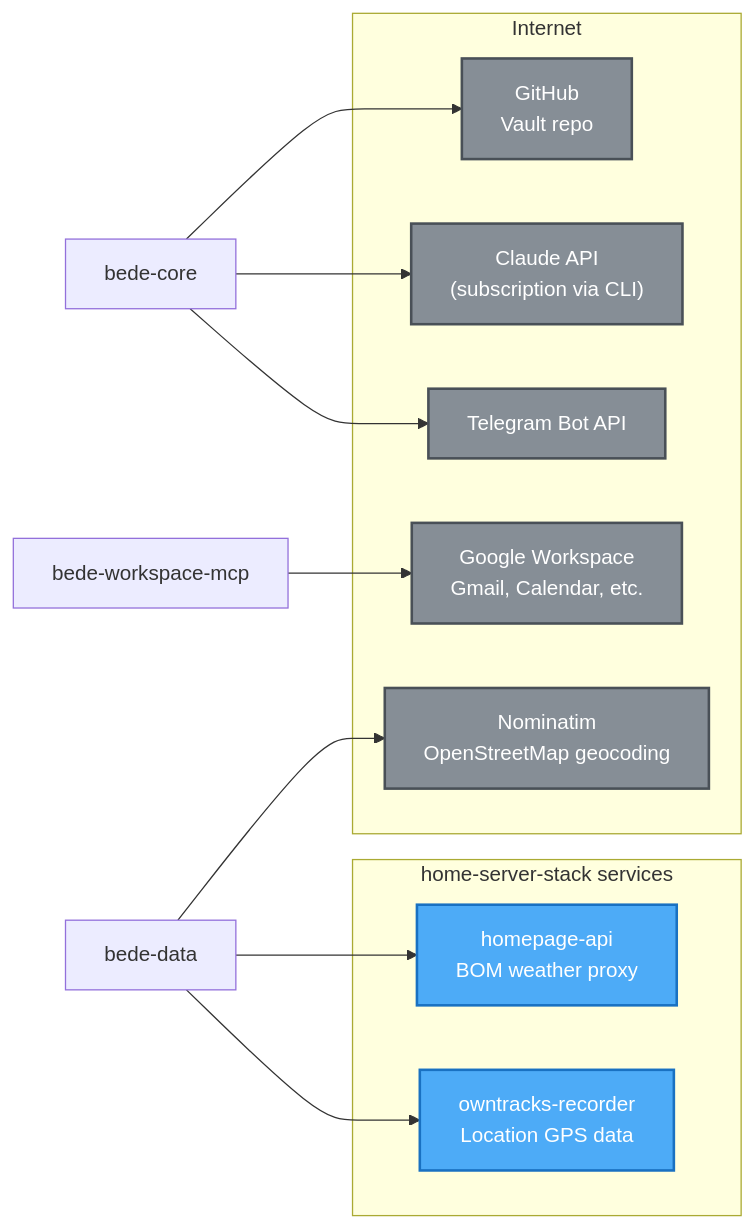
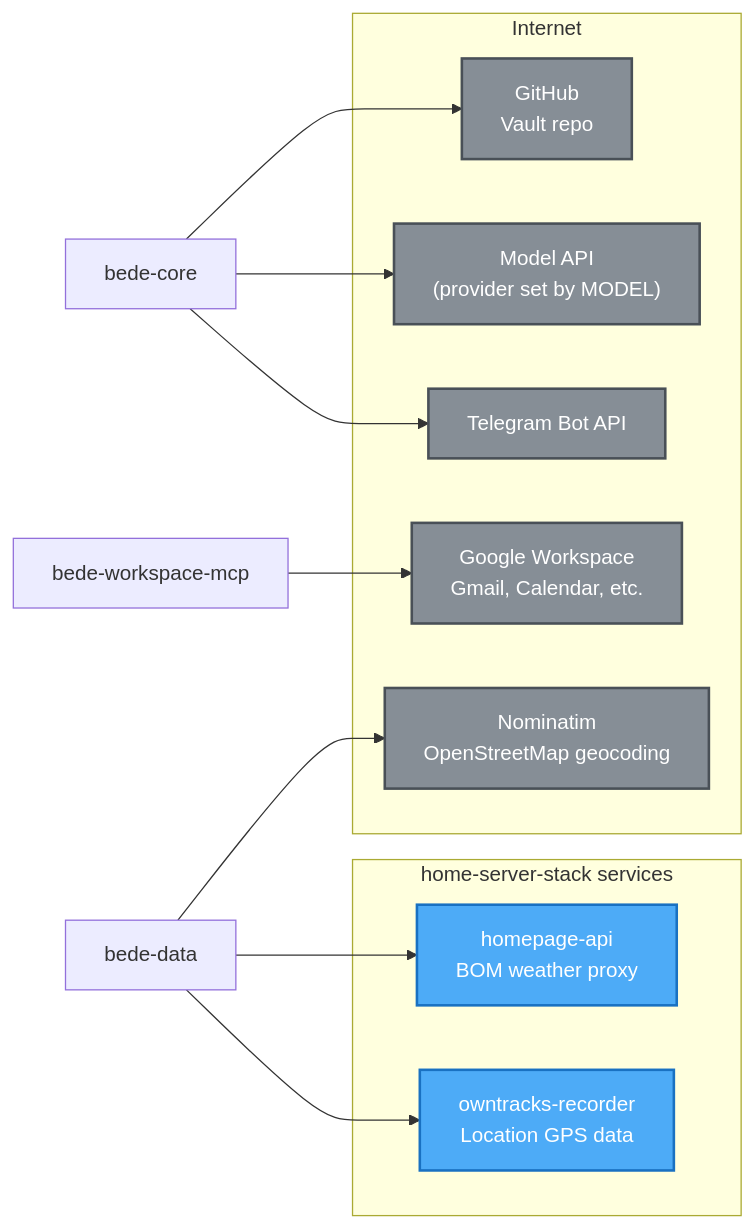
Before and after one commit to josephradford/bede: the third of 3 diagrams in ARCHITECTURE.md, drawn with Mermaid. The commit also changed other lines of this file and 9 other files, not shown here.

Commit message:
feat(bede-core): add eval harness, drop Claude CLI from the image, update docs

````diff
--- a/ARCHITECTURE.md
+++ b/ARCHITECTURE.md
@@ -257,36 +258,36 @@
 ```mermaid
 graph LR
     subgraph HomeServerStack["home-server-stack services"]
         OT["owntracks-recorder
         Location GPS data"]
         HA["homepage-api
         BOM weather proxy"]
     end
 
     subgraph Internet["Internet"]
         TG["Telegram Bot API"]
-        CL["Claude API
-        (subscription via CLI)"]
+        CL["Model API
+        (provider set by MODEL)"]
         NM["Nominatim
         OpenStreetMap geocoding"]
         GW["Google Workspace
         Gmail, Calendar, etc."]
         GH["GitHub
         Vault repo"]
     end
 
     Core["bede-core"] --> TG
     Core --> CL
     Core --> GH
 
     Data["bede-data"] --> OT
     Data --> HA
     Data --> NM
     WMCP["bede-workspace-mcp"] --> GW
 
     classDef stack fill:#4dabf7,stroke:#1971c2,stroke-width:2px,color:#fff
     classDef internet fill:#868e96,stroke:#495057,stroke-width:2px,color:#fff
 
     class OT,HA stack
     class TG,CL,NM,GH,GW internet
 ```
````
